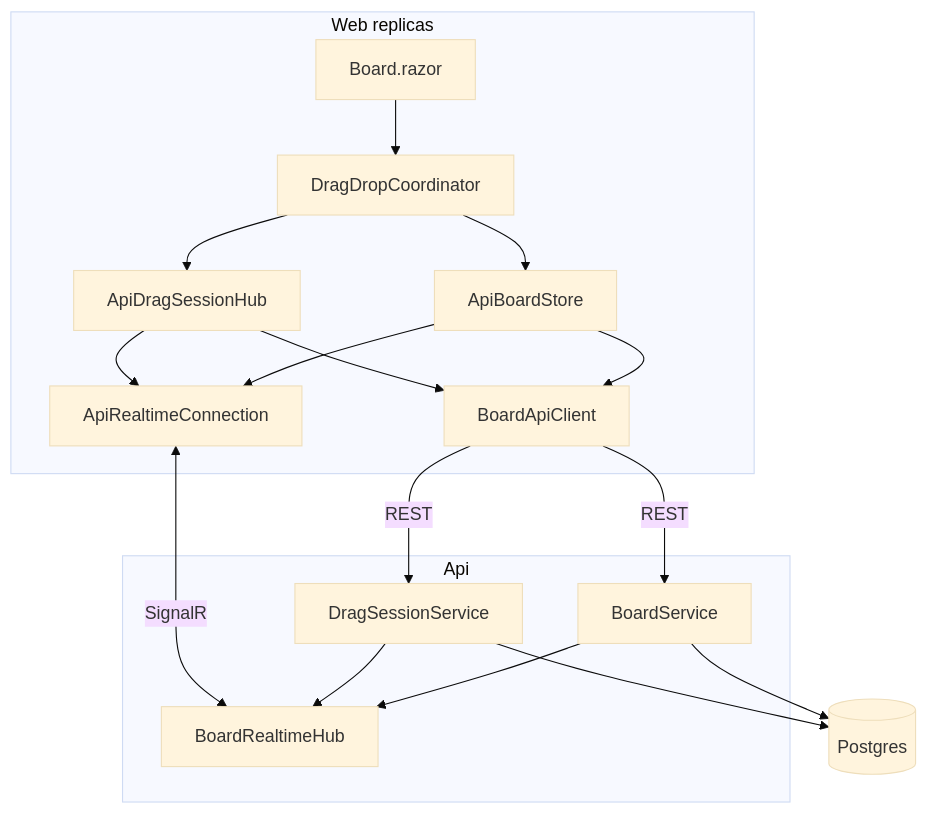
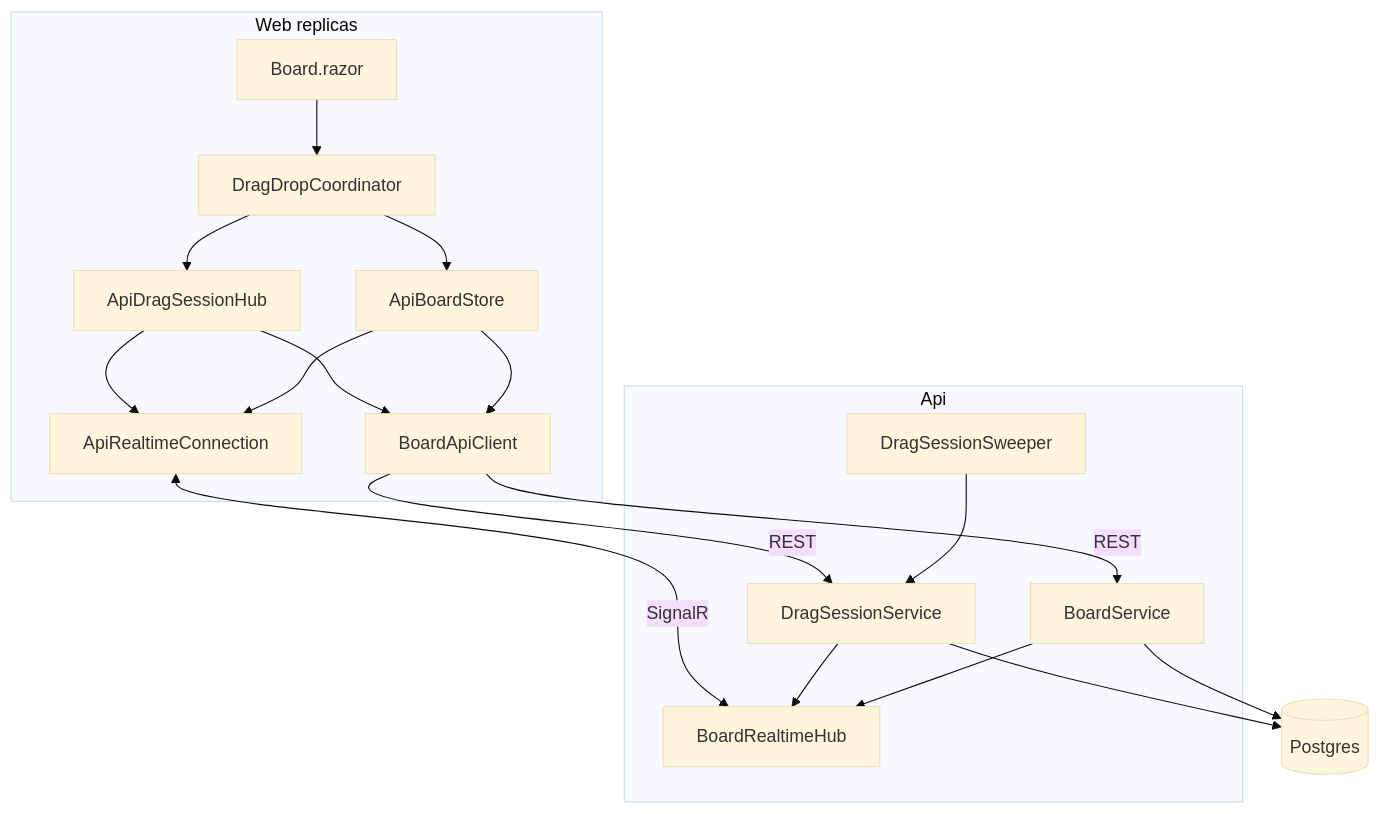
The fifth of 10 diagrams in MVP-Tab-Communication/MvpAspirePostgres/IMPLEMENTATION.md (JobiJoba/mvp-browser-communication-dotnet), drawn with Mermaid (base theme) before and after one commit. The commit also changed other lines of this file and 16 other files, not shown here.

````diff
--- a/MVP-Tab-Communication/MvpAspirePostgres/IMPLEMENTATION.md
+++ b/MVP-Tab-Communication/MvpAspirePostgres/IMPLEMENTATION.md
@@ -86,30 +90,32 @@
 ```mermaid
 flowchart TB
   subgraph Frontends["Web replicas"]
     UI[Board.razor]
     Coord[DragDropCoordinator]
     Store[ApiBoardStore]
     Hub[ApiDragSessionHub]
     RT[ApiRealtimeConnection]
     HTTP[BoardApiClient]
     UI --> Coord
     Coord --> Hub
     Coord --> Store
     Store --> HTTP
     Hub --> HTTP
     Store --> RT
     Hub --> RT
   end
   subgraph Backend["Api"]
     BS[BoardService]
     DS[DragSessionService]
+    SW[DragSessionSweeper]
     SR[BoardRealtimeHub]
     BS --> SR
     DS --> SR
+    SW --> DS
   end
   HTTP -->|REST| BS
   HTTP -->|REST| DS
   RT <-->|SignalR| SR
   BS --> PG[(Postgres)]
   DS --> PG
 ```
````
